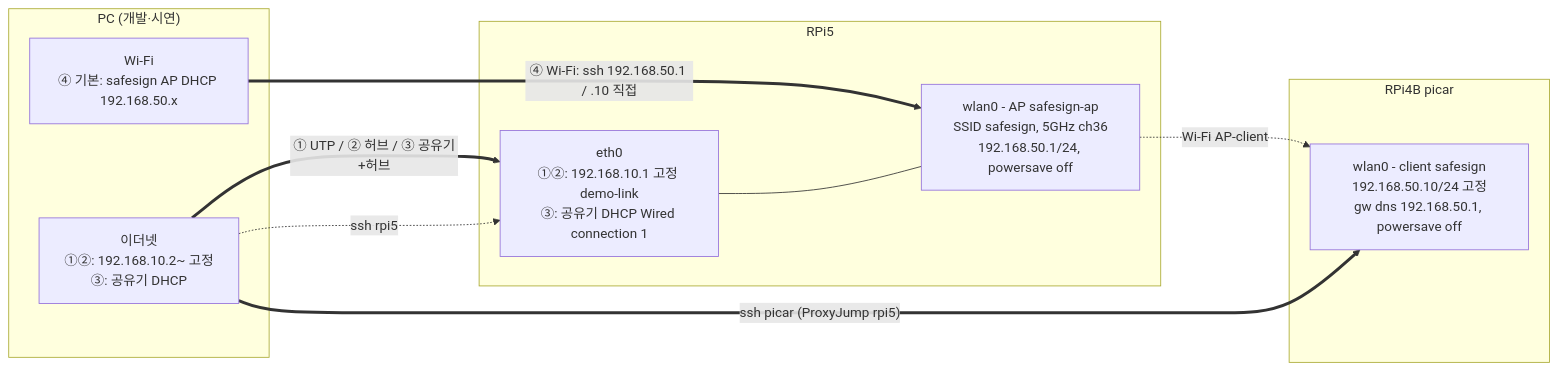
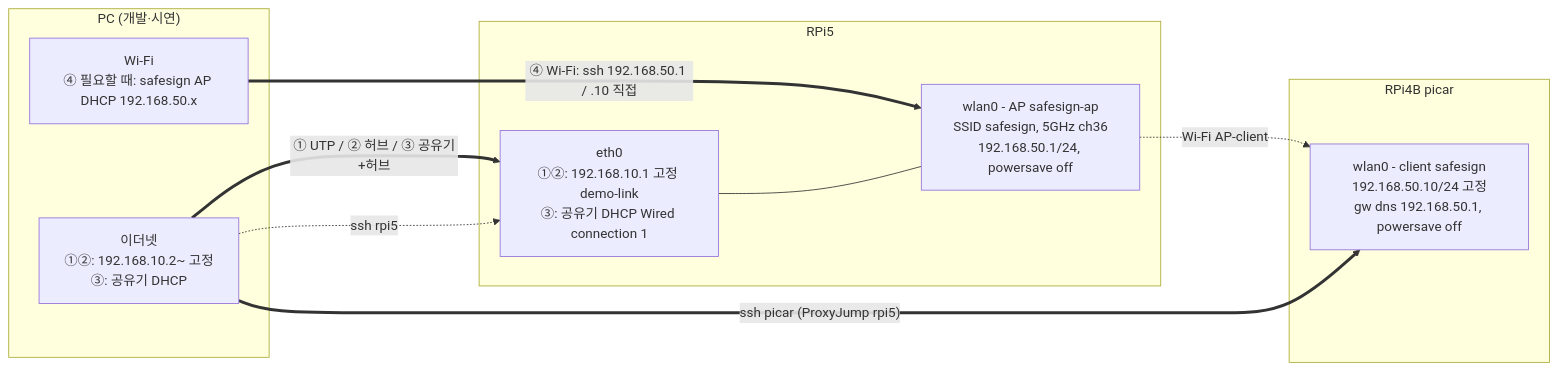
The diagram in document/07_네트워크설정법.md (Lee35678/SafeSign_PhysicalAI), drawn with Mermaid before and after one commit. The commit also changed other lines of this file, not shown here.

````diff
--- a/document/07_네트워크설정법.md
+++ b/document/07_네트워크설정법.md
@@ -36,23 +36,23 @@
 ```mermaid
 graph LR
     subgraph PC["PC (개발·시연)"]
-        PCWIFI["Wi-Fi<br/>④ 기본: safesign AP DHCP 192.168.50.x"]
+        PCWIFI["Wi-Fi<br/>④ 필요할 때: safesign AP DHCP 192.168.50.x"]
         PCETH["이더넷<br/>①②: 192.168.10.2~ 고정<br/>③: 공유기 DHCP"]
     end
 
     subgraph RPi5["RPi5"]
         ETH0["eth0<br/>①②: 192.168.10.1 고정 demo-link<br/>③: 공유기 DHCP Wired connection 1"]
         WLANAP["wlan0 - AP safesign-ap<br/>SSID safesign, 5GHz ch36<br/>192.168.50.1/24, powersave off"]
         ETH0 --- WLANAP
     end
 
     subgraph RPi4B["RPi4B picar"]
         WLANC["wlan0 - client safesign<br/>192.168.50.10/24 고정<br/>gw dns 192.168.50.1, powersave off"]
     end
 
     PCETH ==>|"① UTP / ② 허브 / ③ 공유기+허브"| ETH0
     WLANAP -.->|"Wi-Fi AP-client"| WLANC
     PCWIFI ==>|"④ Wi-Fi: ssh 192.168.50.1 / .10 직접"| WLANAP
     PCETH -.->|"ssh rpi5"| ETH0
     PCETH ==>|"ssh picar (ProxyJump rpi5)"| WLANC
 ```
````
